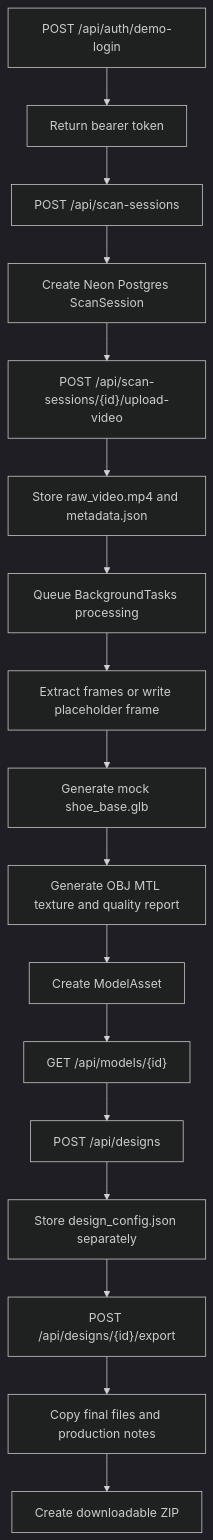
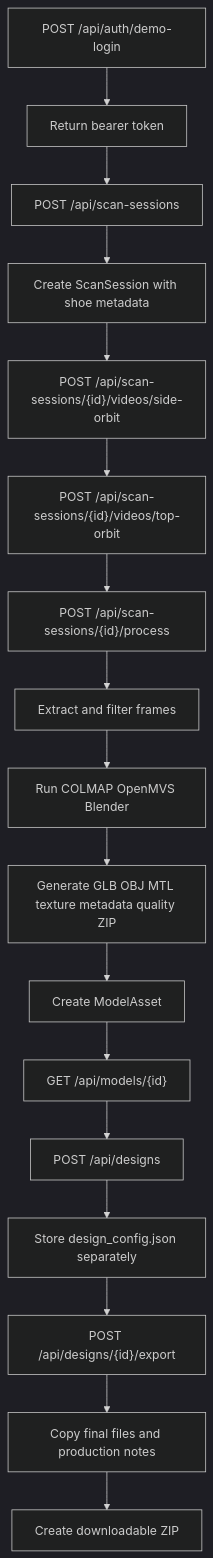
The sixth of 12 diagrams in docs/implementation-flows.md (kiet-ta/ar-ai-exe), drawn with Mermaid (dark theme) before and after one commit. The commit also changed other lines of this file and 170 other files, not shown here.

Commit message:
feat: implement shoe video reconstruction MVP

````diff
--- a/docs/implementation-flows.md
+++ b/docs/implementation-flows.md
@@ -107,19 +107,19 @@
 ```mermaid
 flowchart TD
     A["POST /api/auth/demo-login"] --> B["Return bearer token"]
     B --> C["POST /api/scan-sessions"]
-    C --> D["Create Neon Postgres ScanSession"]
-    D --> E["POST /api/scan-sessions/{id}/upload-video"]
-    E --> F["Store raw_video.mp4 and metadata.json"]
-    F --> G["Queue BackgroundTasks processing"]
-    G --> H["Extract frames or write placeholder frame"]
-    H --> I["Generate mock shoe_base.glb"]
-    I --> J["Generate OBJ MTL texture and quality report"]
+    C --> D["Create ScanSession with shoe metadata"]
+    D --> E["POST /api/scan-sessions/{id}/videos/side-orbit"]
+    E --> F["POST /api/scan-sessions/{id}/videos/top-orbit"]
+    F --> G["POST /api/scan-sessions/{id}/process"]
+    G --> H["Extract and filter frames"]
+    H --> I["Run COLMAP OpenMVS Blender"]
+    I --> J["Generate GLB OBJ MTL texture metadata quality ZIP"]
     J --> K["Create ModelAsset"]
     K --> L["GET /api/models/{id}"]
     L --> M["POST /api/designs"]
     M --> N["Store design_config.json separately"]
     N --> O["POST /api/designs/{id}/export"]
     O --> P["Copy final files and production notes"]
     P --> Q["Create downloadable ZIP"]
 ```
````
